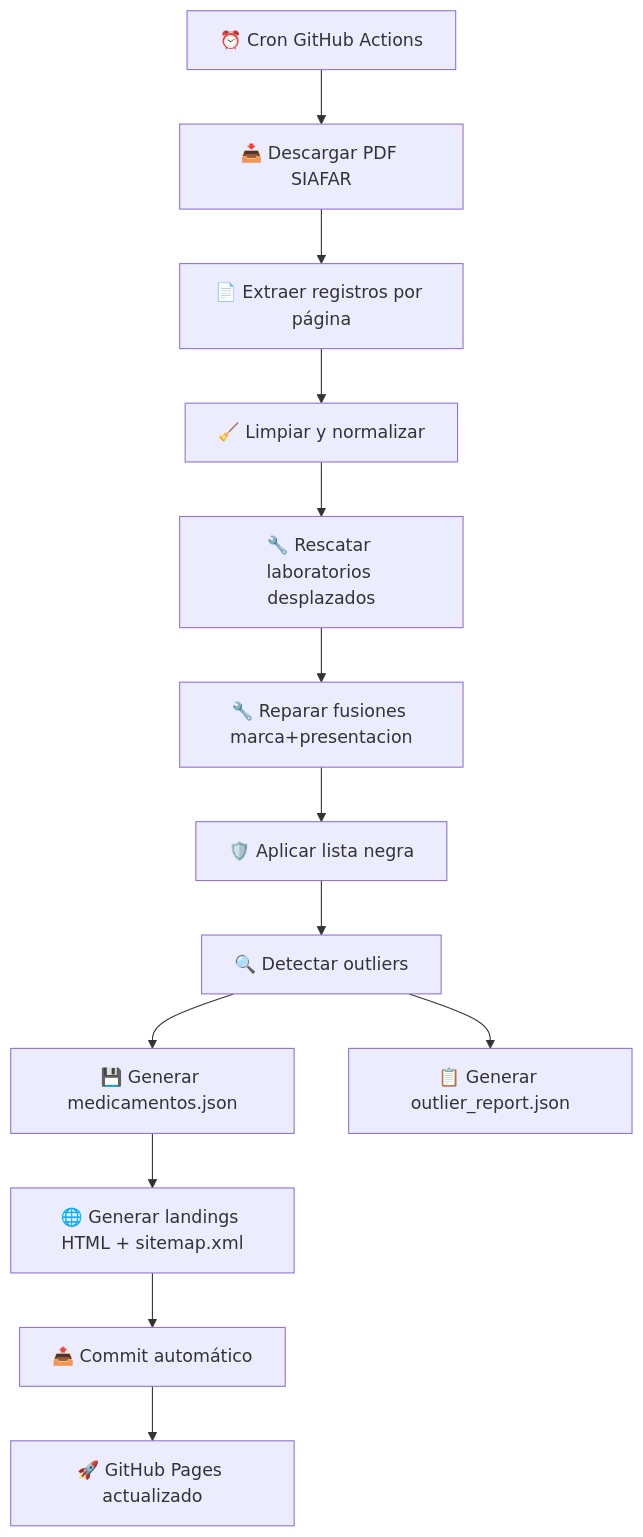
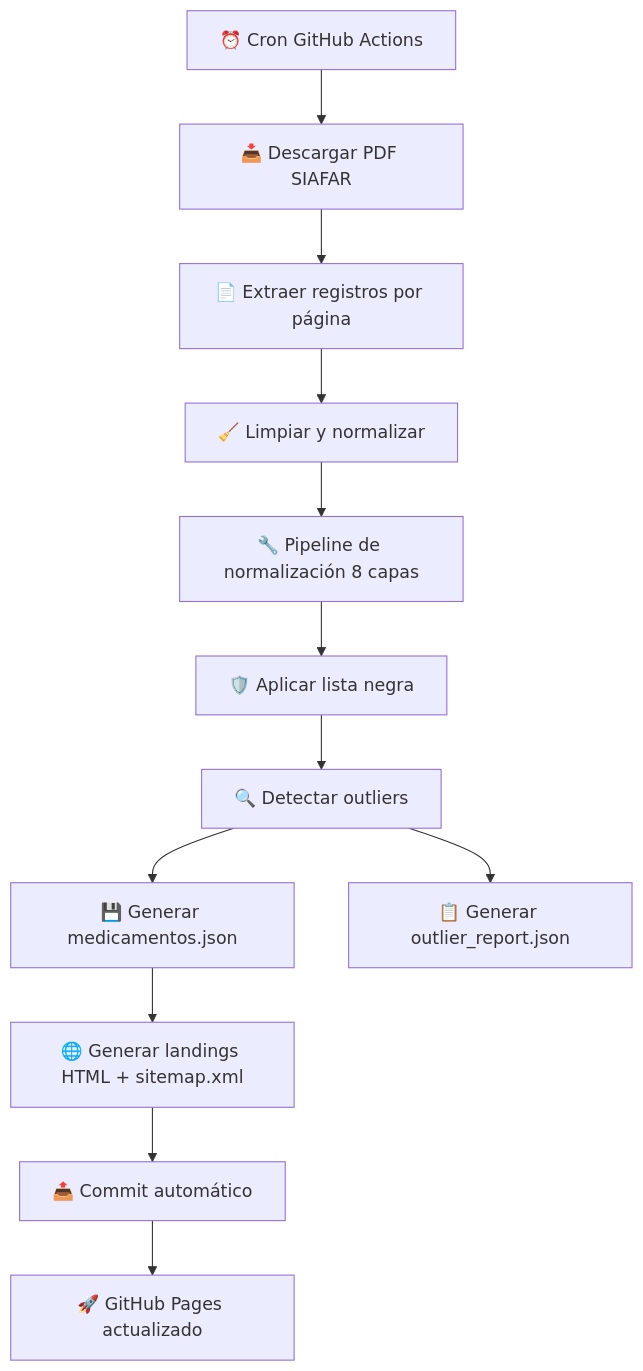
Before and after one commit to psbella/remediar: the second of 5 diagrams in README.md, drawn with Mermaid. The commit also changed other lines of this file, not shown here.

````diff
--- a/README.md
+++ b/README.md
@@ -350,30 +319,28 @@
 ```mermaid
 flowchart TD
 
     A[⏰ Cron GitHub Actions]
     B[📥 Descargar PDF SIAFAR]
     C[📄 Extraer registros por página]
     D[🧹 Limpiar y normalizar]
-    N1[🔧 Rescatar laboratorios desplazados]
-    N2[🔧 Reparar fusiones marca+presentacion]
+    N1[🔧 Pipeline de normalización 8 capas]
     BL[🛡️ Aplicar lista negra]
     E[🔍 Detectar outliers]
     F[💾 Generar medicamentos.json]
     R[📋 Generar outlier_report.json]
     G[🌐 Generar landings HTML + sitemap.xml]
     H[📤 Commit automático]
     I[🚀 GitHub Pages actualizado]
 
     A --> B
     B --> C
     C --> D
     D --> N1
-    N1 --> N2
-    N2 --> BL
+    N1 --> BL
     BL --> E
     E --> F
     E --> R
     F --> G
     G --> H
     H --> I
 ```
````
